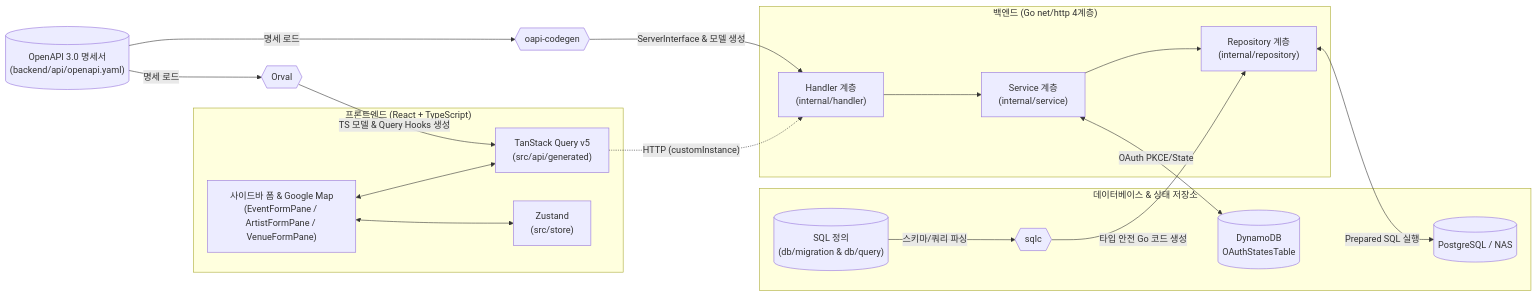
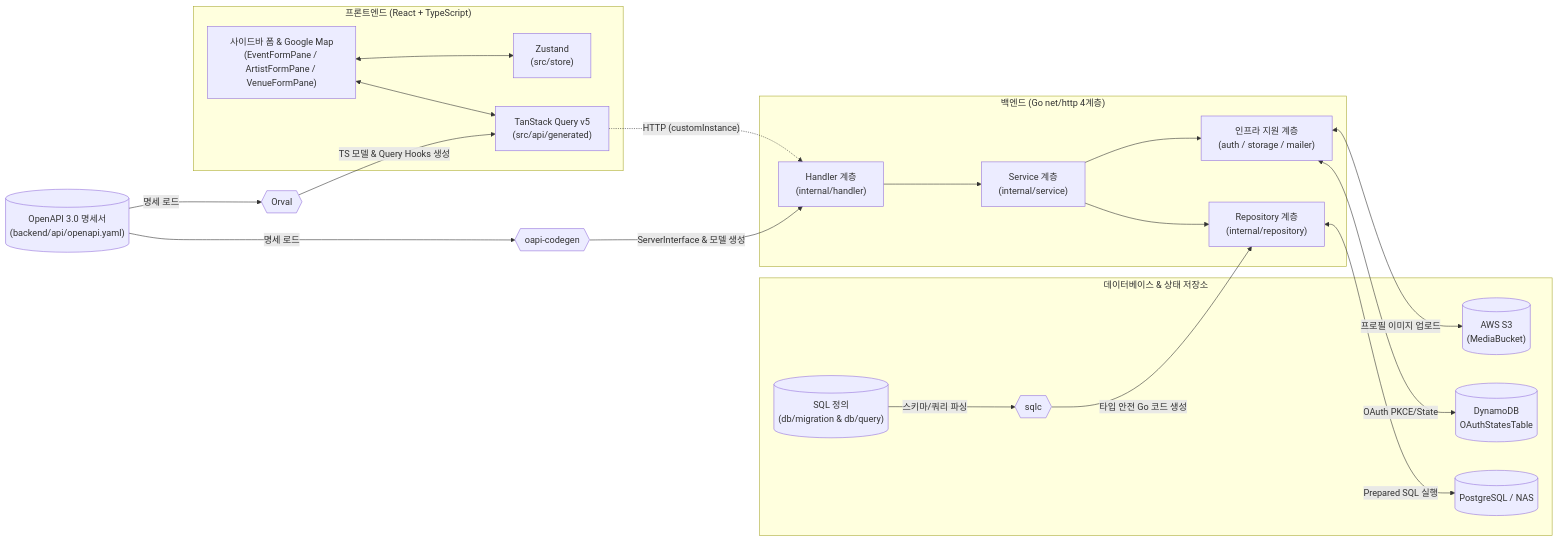
The diagram in wiki/ARCHITECTURE.md (koanghun/eventer-map), drawn with Mermaid before and after one commit. The commit also changed other lines of this file and 10 other files, not shown here.

````diff
--- a/wiki/ARCHITECTURE.md
+++ b/wiki/ARCHITECTURE.md
@@ -13,41 +13,45 @@
 ```mermaid
 flowchart LR
     subgraph DB_Layer["데이터베이스 & 상태 저장소"]
         SQLFiles[("SQL 정의<br/>(db/migration & db/query)")]
         SQLC{{"sqlc"}}
         DB[(PostgreSQL / NAS)]
         DDB[(DynamoDB<br/>OAuthStatesTable)]
+        S3[("AWS S3<br/>(MediaBucket)")]
     end
 
     subgraph Backend_Layer["백엔드 (Go net/http 4계층)"]
         Handler["Handler 계층<br/>(internal/handler)"]
         Service["Service 계층<br/>(internal/service)"]
         Repo["Repository 계층<br/>(internal/repository)"]
+        Support["인프라 지원 계층<br/>(auth / storage / mailer)"]
     end
 
     GoCodegen{{"oapi-codegen"}}
     OpenAPI[("OpenAPI 3.0 명세서<br/>(backend/api/openapi.yaml)")]
     Orval{{"Orval"}}
 
     subgraph Frontend_Layer["프론트엔드 (React + TypeScript)"]
         TSQuery["TanStack Query v5<br/>(src/api/generated)"]
         Zustand["Zustand<br/>(src/store)"]
         UI["사이드바 폼 & Google Map<br/>(EventFormPane / ArtistFormPane / VenueFormPane)"]
     end
 
     SQLFiles -->|"스키마/쿼리 파싱"| SQLC
     SQLC -->|"타입 안전 Go 코드 생성"| Repo
     Handler --> Service --> Repo
+    Service --> Support
     Repo <-->|"Prepared SQL 실행"| DB
-    Service <-->|"OAuth PKCE/State"| DDB
+    Support <-->|"OAuth PKCE/State"| DDB
+    Support <-->|"프로필 이미지 업로드"| S3
 
     OpenAPI -->|"명세 로드"| GoCodegen
     GoCodegen -->|"ServerInterface & 모델 생성"| Handler
 
     OpenAPI -->|"명세 로드"| Orval
     Orval -->|"TS 모델 & Query Hooks 생성"| TSQuery
 
     UI <--> TSQuery
     UI <--> Zustand
     TSQuery -.->|"HTTP (customInstance)"| Handler
 ```
````
